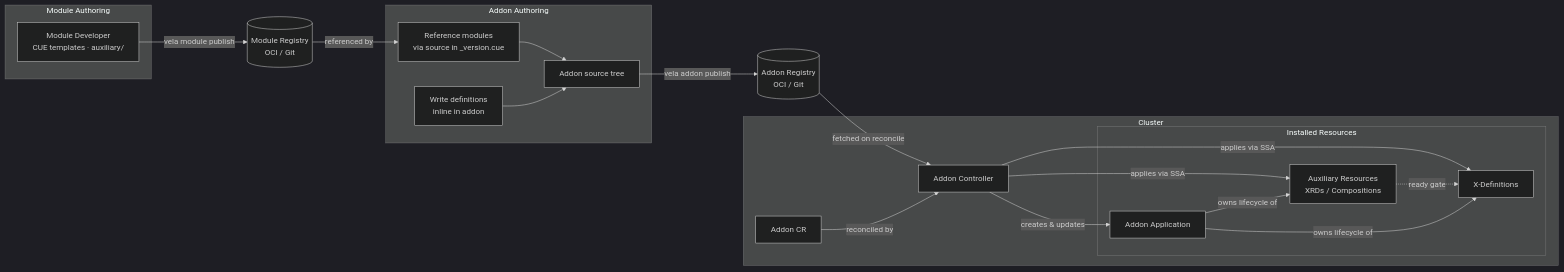
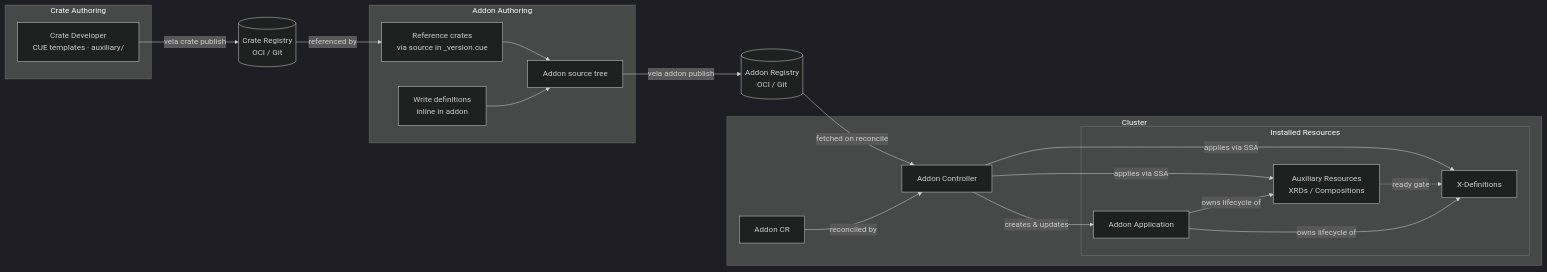
One commit to kubevela/kubevela changed the first of 4 diagrams in design/vela-core/keps/2.13-addons/README.md. Above: the diagram before and after it, drawn with Mermaid (dark theme). The commit also changed other lines of this file and 1021 other files, not shown here.

First line of the commit message:
Refactor: rename the module feature to crate (#7700)

````diff
--- a/design/vela-core/keps/2.13-addons/README.md
+++ b/design/vela-core/keps/2.13-addons/README.md
@@ -33,40 +33,40 @@
 ```mermaid
 graph LR
-    subgraph authoring["Module Authoring"]
-        MD["Module Developer<br/>CUE templates · auxiliary/"]
+    subgraph authoring["Crate Authoring"]
+        MD["Crate Developer<br/>CUE templates · auxiliary/"]
     end
 
-    MR[("Module Registry<br/>OCI / Git")]
+    MR[("Crate Registry<br/>OCI / Git")]
 
     subgraph addonAuth["Addon Authoring"]
-        AA_REF["Reference modules<br/>via source in _version.cue"]
+        AA_REF["Reference crates<br/>via source in _version.cue"]
         AA_INLINE["Write definitions<br/>inline in addon"]
         ADDON["Addon source tree"]
     end
 
     AR[("Addon Registry<br/>OCI / Git")]
 
     subgraph cluster["Cluster"]
         CR["Addon CR"]
         AC["Addon Controller"]
         subgraph installed["Installed Resources"]
             APP["Addon Application"]
             AUX["Auxiliary Resources<br/>XRDs  / Compositions"]
             DEFS["X-Definitions"]
         end
     end
 
-    MD -->|vela module publish| MR
+    MD -->|vela crate publish| MR
     MR -->|referenced by| AA_REF
     AA_REF --> ADDON
     AA_INLINE --> ADDON
     ADDON -->|vela addon publish| AR
     AR -->|fetched on reconcile| AC
     CR -->|reconciled by| AC
     AC -->|creates & updates| APP
     AC -->|applies via SSA| AUX
     AC -->|applies via SSA| DEFS
     AUX -.->|ready gate| DEFS
     APP -->|owns lifecycle of| AUX
     APP -->|owns lifecycle of| DEFS
 ```
````
